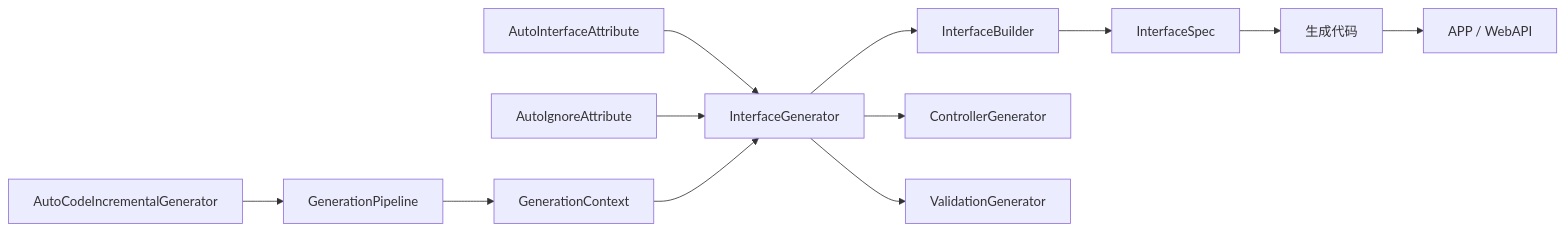
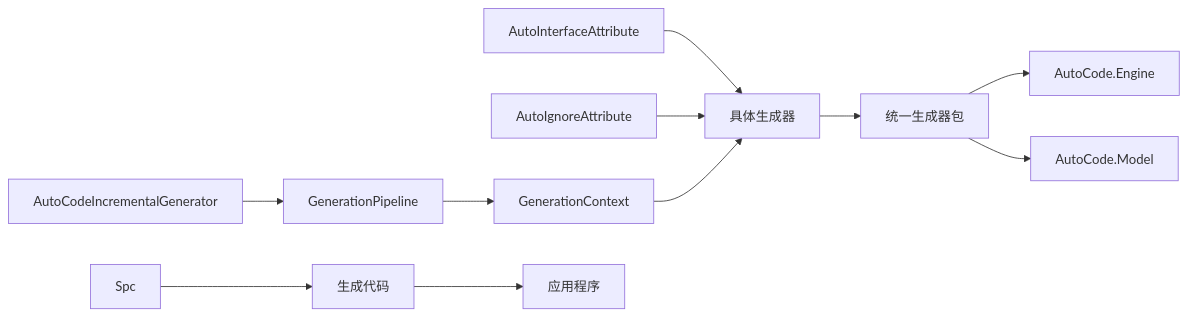
Before and after one commit to alivy/AutoCode: the seventh of 7 diagrams in .qoder/repowiki/zh/content/源代码生成器/源代码生成器.md, drawn with Mermaid. The commit also changed other lines of this file and 53 other files, not shown here.

````diff
--- a/.qoder/repowiki/zh/content/源代码生成器/源代码生成器.md
+++ b/.qoder/repowiki/zh/content/源代码生成器/源代码生成器.md
@@ -523,14 +419,13 @@
 ```mermaid
 graph LR
-Attr["AutoInterfaceAttribute"] --> Gen["InterfaceGenerator"]
+Attr["AutoInterfaceAttribute"] --> Gen["具体生成器"]
 Ignore["AutoIgnoreAttribute"] --> Gen
-Gen --> Bld["InterfaceBuilder"]
-Bld --> Spc["InterfaceSpec"]
+Gen --> UniGen["统一生成器包"]
 IncGen["AutoCodeIncrementalGenerator"] --> Pipe["GenerationPipeline"]
 Pipe --> Ctx["GenerationContext"]
 Ctx --> Gen
-Gen --> Ctrl["ControllerGenerator"]
-Gen --> Val["ValidationGenerator"]
 Spc --> Out["生成代码"]
-Out --> App["APP / WebAPI"]
+Out --> App["应用程序"]
+UniGen --> Engine["AutoCode.Engine"]
+UniGen --> Model["AutoCode.Model"]
 ```
````
